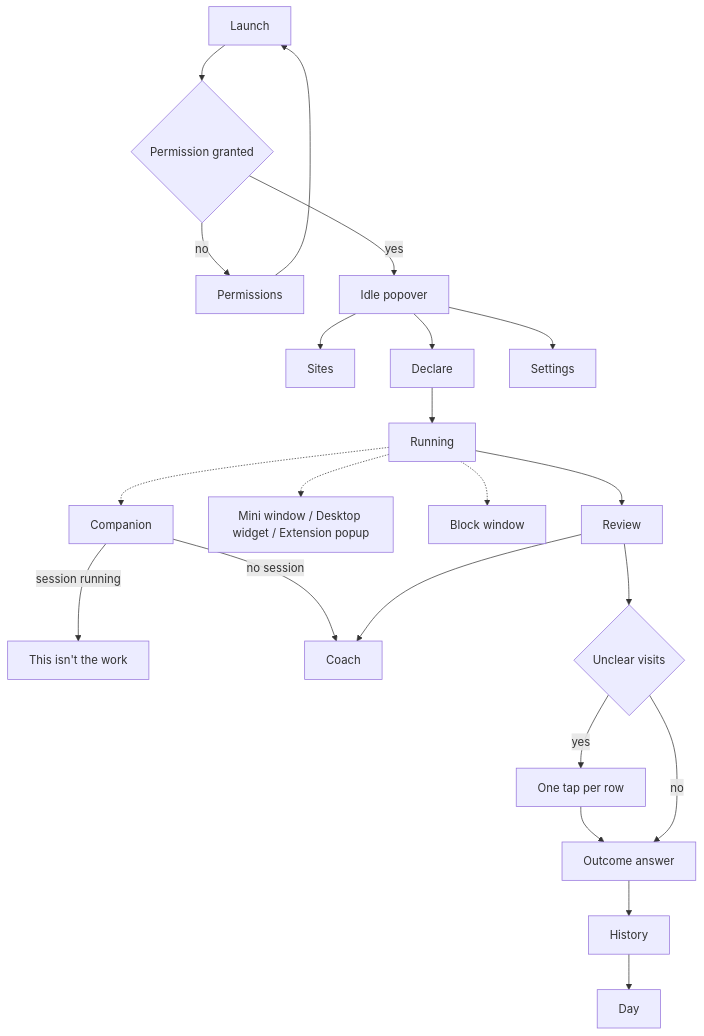
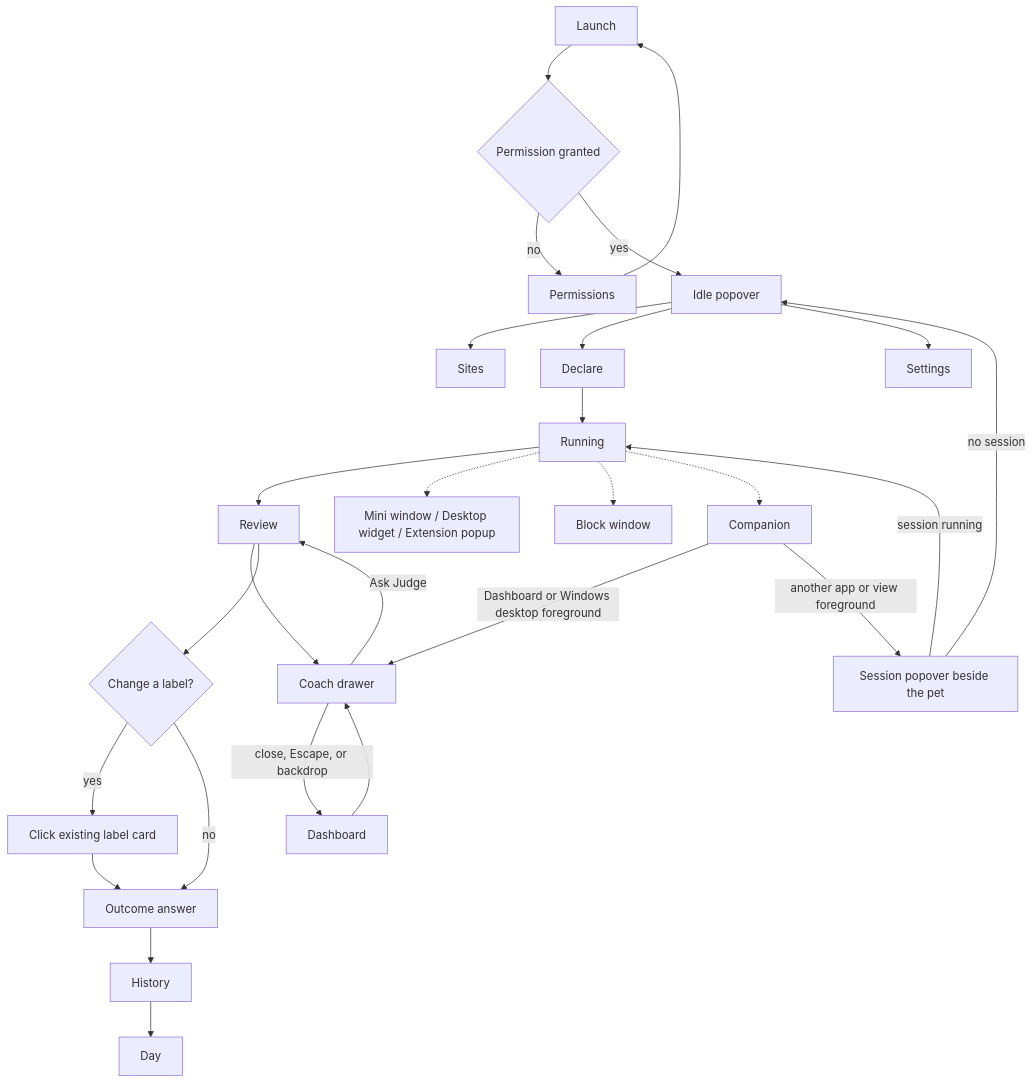
The diagram in docs/prd.md (Alexandre-Nevero/focuslocal), drawn with Mermaid before and after one commit. The commit also changed other lines of this file and 53 other files, not shown here.

Commit message:
feat: improve session controls, companion routing, and local coach

````diff
--- a/docs/prd.md
+++ b/docs/prd.md
@@ -254,24 +278,29 @@
 ```mermaid
 flowchart TD
   Launch[Launch] --> Perm{Permission granted}
   Perm -->|no| PermHelp[Permissions]
   PermHelp --> Launch
   Perm -->|yes| Idle[Idle popover]
   Idle --> Sites[Sites]
   Idle --> Declare[Declare]
   Declare --> Running[Running]
   Running --> Review[Review]
   Running -.-> Mini[Mini window / Desktop widget / Extension popup]
   Running -.-> BlockWin[Block window]
   Running -.-> Pet[Companion]
-  Pet -->|session running| NotWork["This isn't the work"]
-  Pet -->|no session| Coach[Coach]
-  Review --> Coach
-  Review --> Unclear{Unclear visits}
-  Unclear -->|yes| Tap[One tap per row]
+  Pet -->|Dashboard or Windows desktop foreground| CoachDrawer[Coach drawer]
+  Pet -->|another app or view foreground| SessionPopup[Session popover beside the pet]
+  SessionPopup -->|session running| Running
+  SessionPopup -->|no session| Idle
+  Dashboard --> CoachDrawer
+  Review --> CoachDrawer
+  CoachDrawer -->|Ask Judge| Review
+  CoachDrawer -->|close, Escape, or backdrop| Dashboard
+  Review --> Correction{Change a label?}
+  Correction -->|yes| Tap[Click existing label card]
   Tap --> Answer[Outcome answer]
-  Unclear -->|no| Answer
+  Correction -->|no| Answer
   Answer --> History[History]
   History --> Day[Day]
   Idle --> Settings[Settings]
 ```
````
